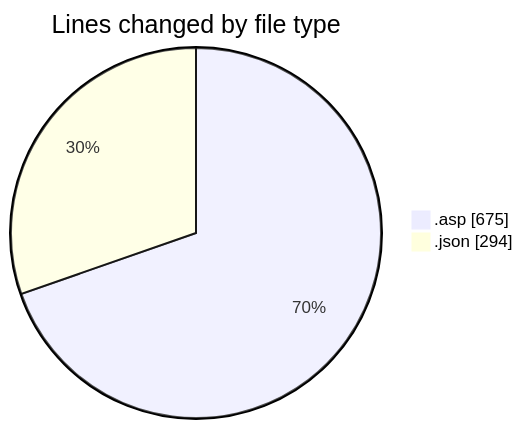
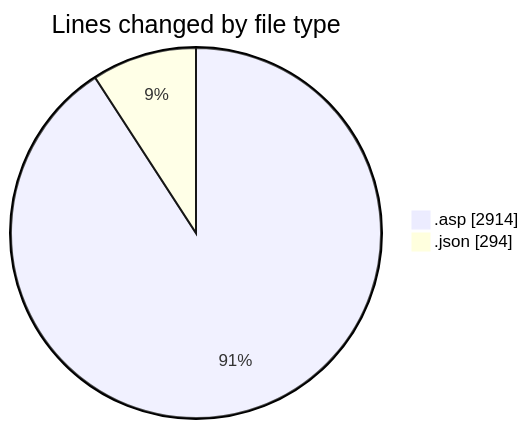
Before and after one commit to julien-gomy/code-tracking: the first of 2 diagrams in 2025-10-27/usr_aleoudev_fr__workspace_/README.md, drawn with Mermaid. The commit also changed other lines of this file and 1 other file, not shown here.

````diff
--- a/2025-10-27/usr_aleoudev_fr__workspace_/README.md
+++ b/2025-10-27/usr_aleoudev_fr__workspace_/README.md
@@ -23,6 +24,6 @@
 ```mermaid
 pie showData
 title Lines changed by file type
-".asp" : 675
+".asp" : 2914
 ".json" : 294
 ```
````
